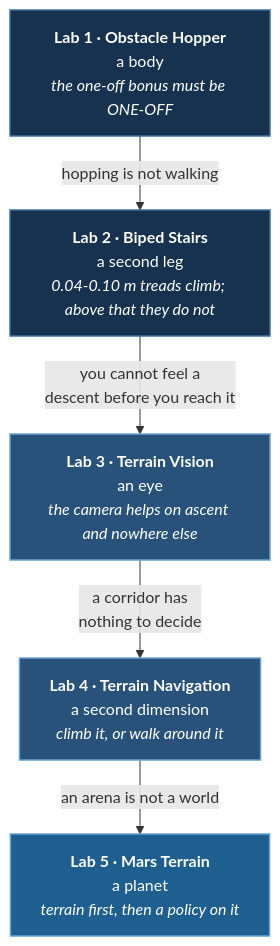
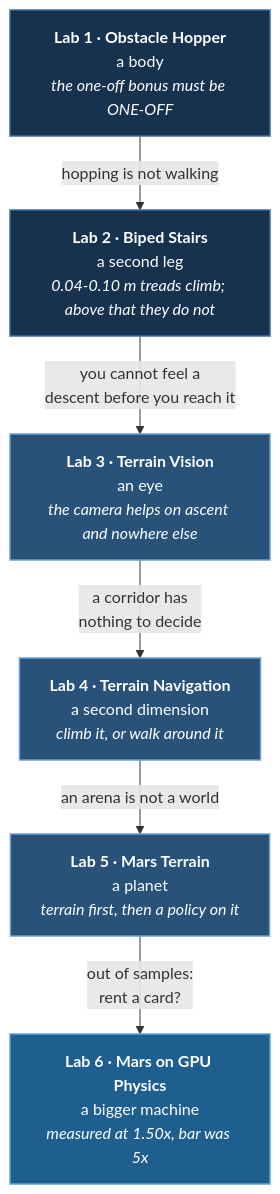
The first of 2 diagrams in docusaurus-docs/docs/tutorials/physical/overview.md (yiqiao-yin/deepspeed-course), drawn with Mermaid before and after one commit. The commit also changed other lines of this file and 22 other files, not shown here.

````diff
--- a/docusaurus-docs/docs/tutorials/physical/overview.md
+++ b/docusaurus-docs/docs/tutorials/physical/overview.md
@@ -25,23 +26,26 @@
 ```mermaid
 flowchart TB
   L1["<b>Lab 1 · Obstacle Hopper</b><br/>a body<br/><i>the one-off bonus must be ONE-OFF</i>"]
   L2["<b>Lab 2 · Biped Stairs</b><br/>a second leg<br/><i>0.04-0.10 m treads climb; above that they do not</i>"]
   L3["<b>Lab 3 · Terrain Vision</b><br/>an eye<br/><i>the camera helps on ascent and nowhere else</i>"]
   L4["<b>Lab 4 · Terrain Navigation</b><br/>a second dimension<br/><i>climb it, or walk around it</i>"]
   L5["<b>Lab 5 · Mars Terrain</b><br/>a planet<br/><i>terrain first, then a policy on it</i>"]
+  L6["<b>Lab 6 · Mars on GPU Physics</b><br/>a bigger machine<br/><i>measured at 1.50x, bar was 5x</i>"]
 
   L1 -->|"hopping is not walking"| L2
   L2 -->|"you cannot feel a<br/>descent before you reach it"| L3
   L3 -->|"a corridor has<br/>nothing to decide"| L4
   L4 -->|"an arena is not a world"| L5
+  L5 -->|"out of samples:<br/>rent a card?"| L6
 
   classDef deep   fill:#08182a,stroke:#2d5a86,stroke-width:1.5px,color:#ffffff
   classDef dark   fill:#0a1f33,stroke:#2d5a86,stroke-width:1.5px,color:#ffffff
   classDef base   fill:#16324f,stroke:#3f6f9f,stroke-width:1.5px,color:#ffffff
   classDef bright fill:#1e5f8f,stroke:#63a3d0,stroke-width:1.5px,color:#ffffff
   classDef steel  fill:#28527a,stroke:#6aa2cd,stroke-width:1.5px,color:#ffffff
 
   class L1,L2 base
   class L3,L4 steel
-  class L5 bright
+  class L5 steel
+  class L6 bright
 ```
````
